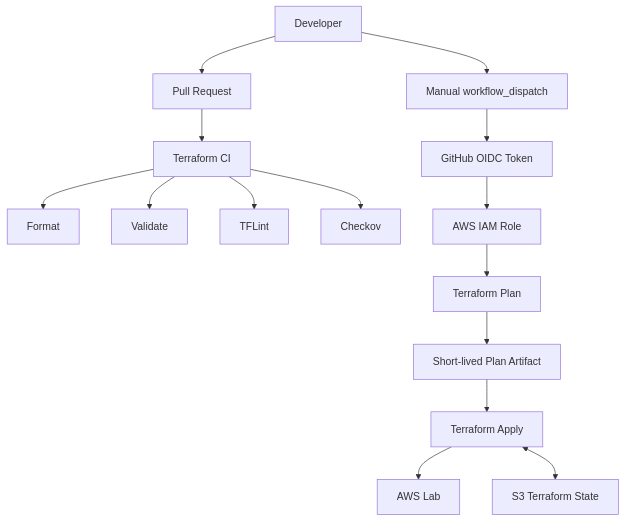
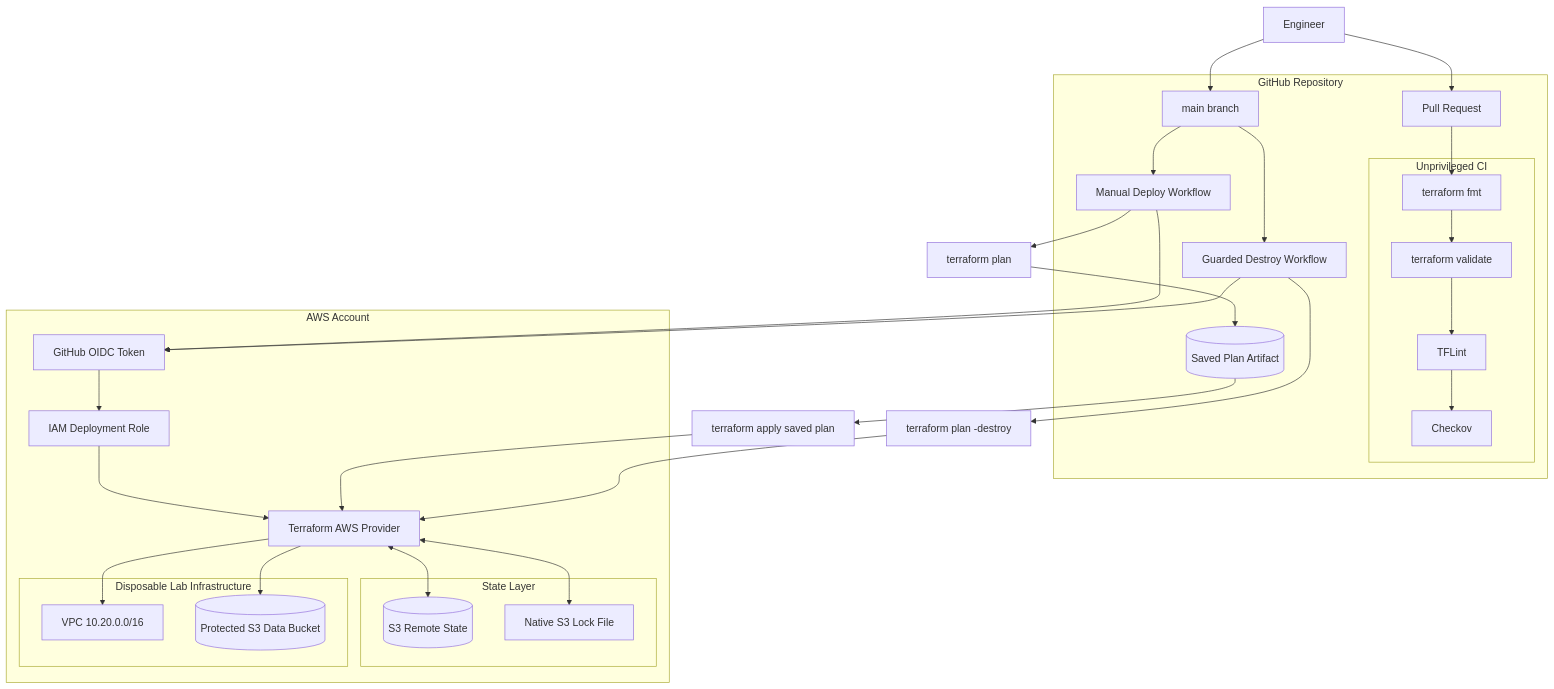
Before and after one commit to reranda/terraform-aws-cicd-lab: the first of 2 diagrams in docs/architecture.md, drawn with Mermaid. The commit also changed other lines of this file and 1 other file, not shown here.

Commit message:
Polish repository for public portfolio

````diff
--- a/docs/architecture.md
+++ b/docs/architecture.md
@@ -9,18 +15,60 @@
 ```mermaid
 flowchart TB
-    A[Developer] --> B[Pull Request]
-    B --> C[Terraform CI]
-    C --> C1[Format]
-    C --> C2[Validate]
-    C --> C3[TFLint]
-    C --> C4[Checkov]
+    DEV[Engineer]
 
-    A --> D[Manual workflow_dispatch]
-    D --> E[GitHub OIDC Token]
-    E --> F[AWS IAM Role]
-    F --> G[Terraform Plan]
-    G --> H[Short-lived Plan Artifact]
-    H --> I[Terraform Apply]
-    I --> J[AWS Lab]
-    I <--> K[S3 Terraform State]
+    subgraph GH["GitHub Repository"]
+        PR[Pull Request]
+        MAIN[main branch]
+
+        subgraph CI["Unprivileged CI"]
+            FMT[terraform fmt]
+            VALIDATE[terraform validate]
+            LINT[TFLint]
+            CHECKOV[Checkov]
+        end
+
+        DEPLOY[Manual Deploy Workflow]
+        DESTROY[Guarded Destroy Workflow]
+        ARTIFACT[(Saved Plan Artifact)]
+    end
+
+    DEV --> PR
+    PR --> FMT
+    FMT --> VALIDATE
+    VALIDATE --> LINT
+    LINT --> CHECKOV
+
+    DEV --> MAIN
+    MAIN --> DEPLOY
+    MAIN --> DESTROY
+
+    DEPLOY --> OIDC[GitHub OIDC Token]
+    DESTROY --> OIDC
+
+    subgraph AWS["AWS Account"]
+        OIDC --> IAM[IAM Deployment Role]
+        IAM --> TF[Terraform AWS Provider]
+
+        subgraph STATE["State Layer"]
+            S3STATE[(S3 Remote State)]
+            LOCK[Native S3 Lock File]
+        end
+
+        subgraph LAB["Disposable Lab Infrastructure"]
+            VPC[VPC 10.20.0.0/16]
+            S3DATA[(Protected S3 Data Bucket)]
+        end
+
+        TF <--> S3STATE
+        TF <--> LOCK
+        TF --> VPC
+        TF --> S3DATA
+    end
+
+    DEPLOY --> PLAN[terraform plan]
+    PLAN --> ARTIFACT
+    ARTIFACT --> APPLY[terraform apply saved plan]
+    APPLY --> TF
+    DESTROY --> DPLAN[terraform plan -destroy]
+    DPLAN --> TF
 ```
````
